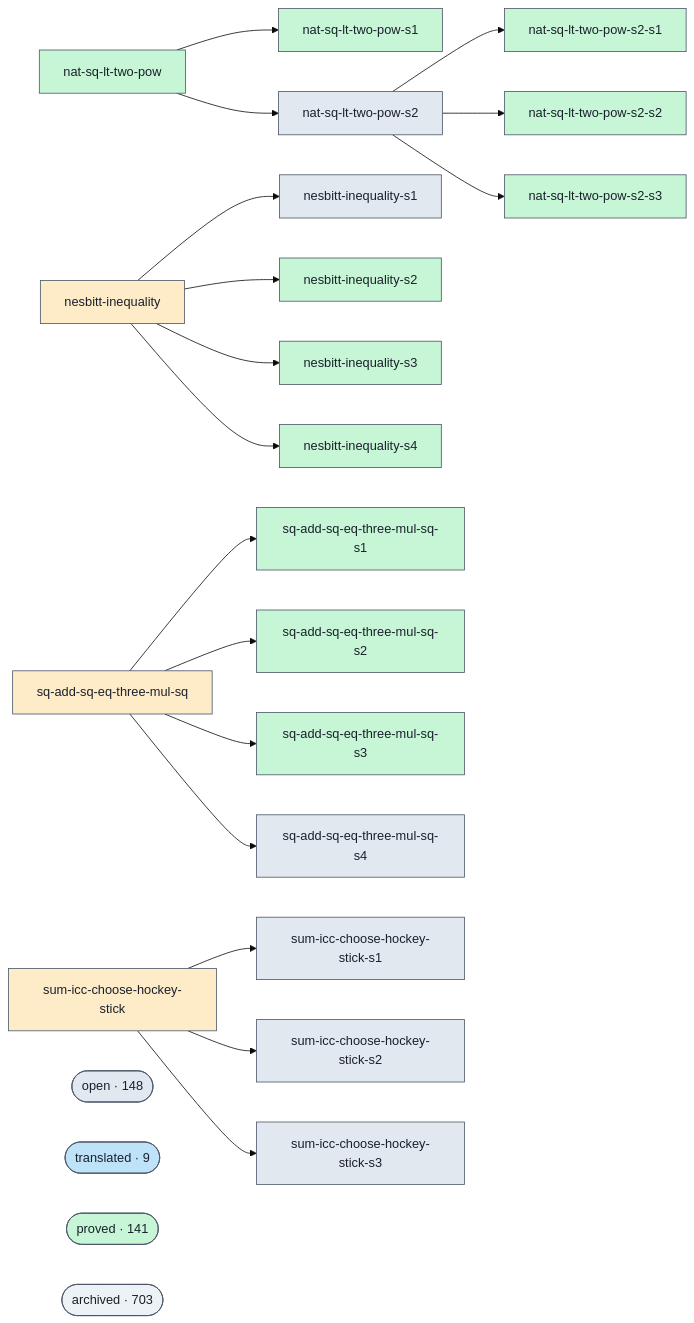
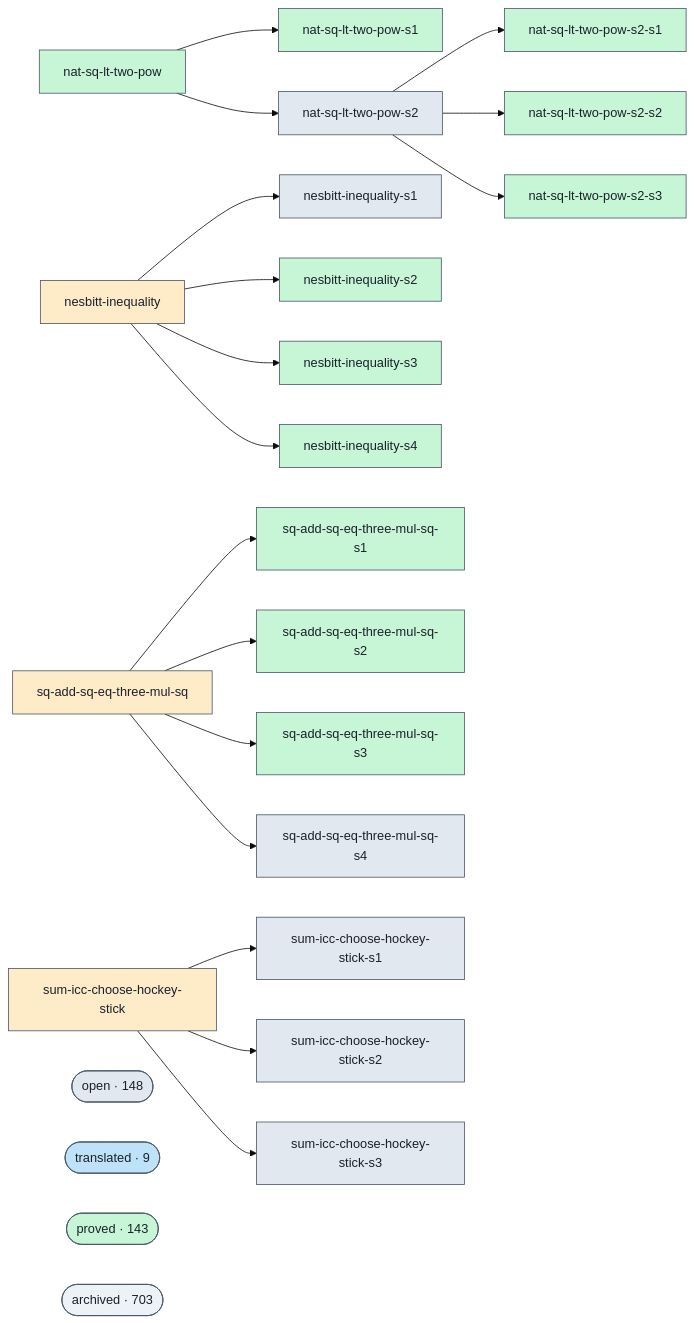
Before and after one commit to ohdearquant/unsorry: the diagram in docs/proofs-contributors-visualisation.md, drawn with Mermaid (base theme). The commit also changed other lines of this file and 2 other files, not shown here.

```diff
--- a/docs/proofs-contributors-visualisation.md
+++ b/docs/proofs-contributors-visualisation.md
@@ -102,7 +102,7 @@
   class cluster_open open;
   cluster_translated(["translated · 9"])
   class cluster_translated translated;
-  cluster_proved(["proved · 141"])
+  cluster_proved(["proved · 143"])
   class cluster_proved proved;
   cluster_archived(["archived · 703"])
   class cluster_archived unknown;
```
